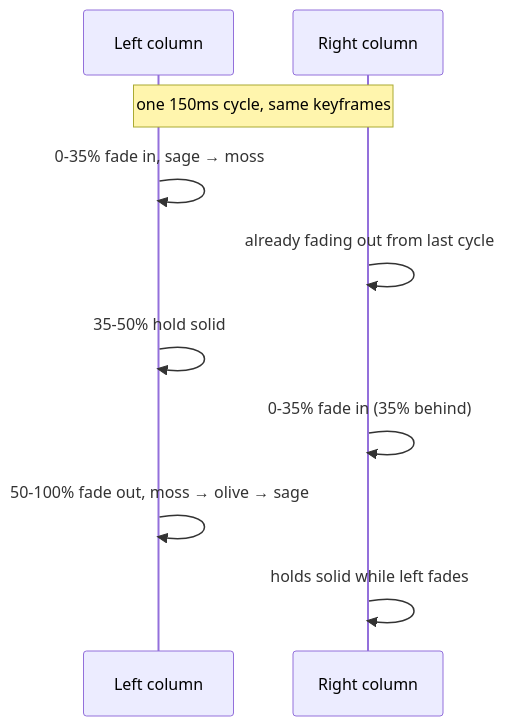
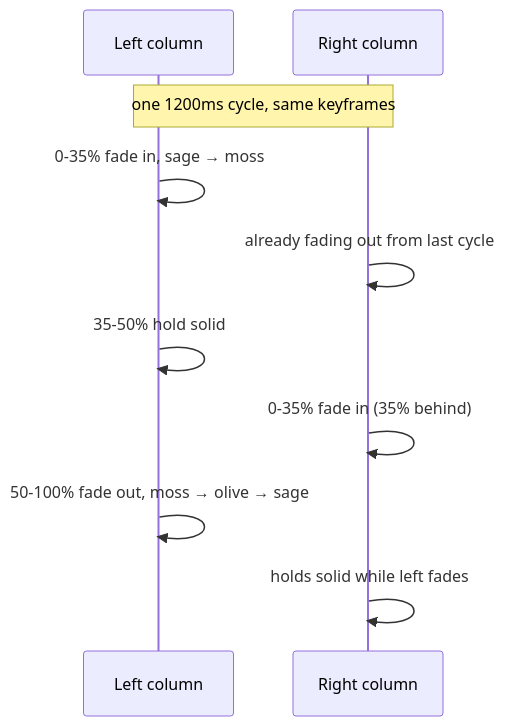
One commit to mite404/yaklabs changed diagram 21 of 21 in docs/FOR_ETHAN.md. Above: the diagram before and after it, drawn with Mermaid. The commit also changed other lines of this file, not shown here.

````diff
--- a/docs/FOR_ETHAN.md
+++ b/docs/FOR_ETHAN.md
@@ -1903,12 +1903,12 @@
 ```mermaid
 sequenceDiagram
   participant L as Left column
   participant R as Right column
-  Note over L,R: one 150ms cycle, same keyframes
+  Note over L,R: one 1200ms cycle, same keyframes
   L->>L: 0-35% fade in, sage → moss
   R->>R: already fading out from last cycle
   L->>L: 35-50% hold solid
   R->>R: 0-35% fade in (35% behind)
   L->>L: 50-100% fade out, moss → olive → sage
   R->>R: holds solid while left fades
 ```
````
